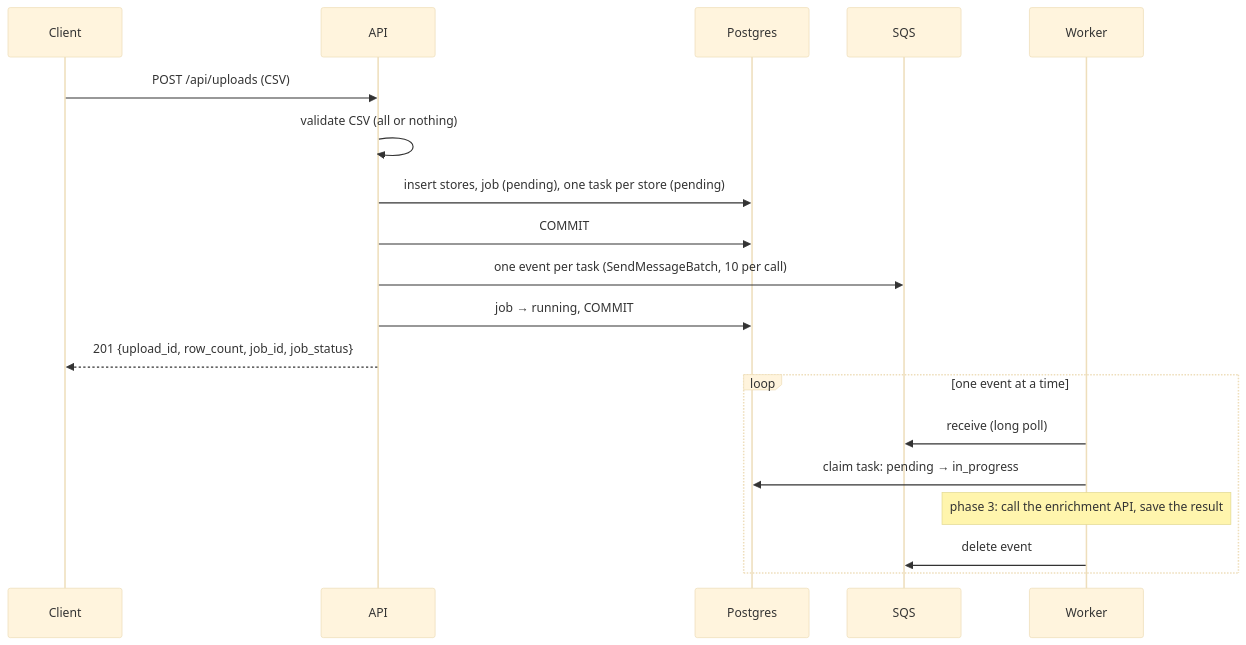
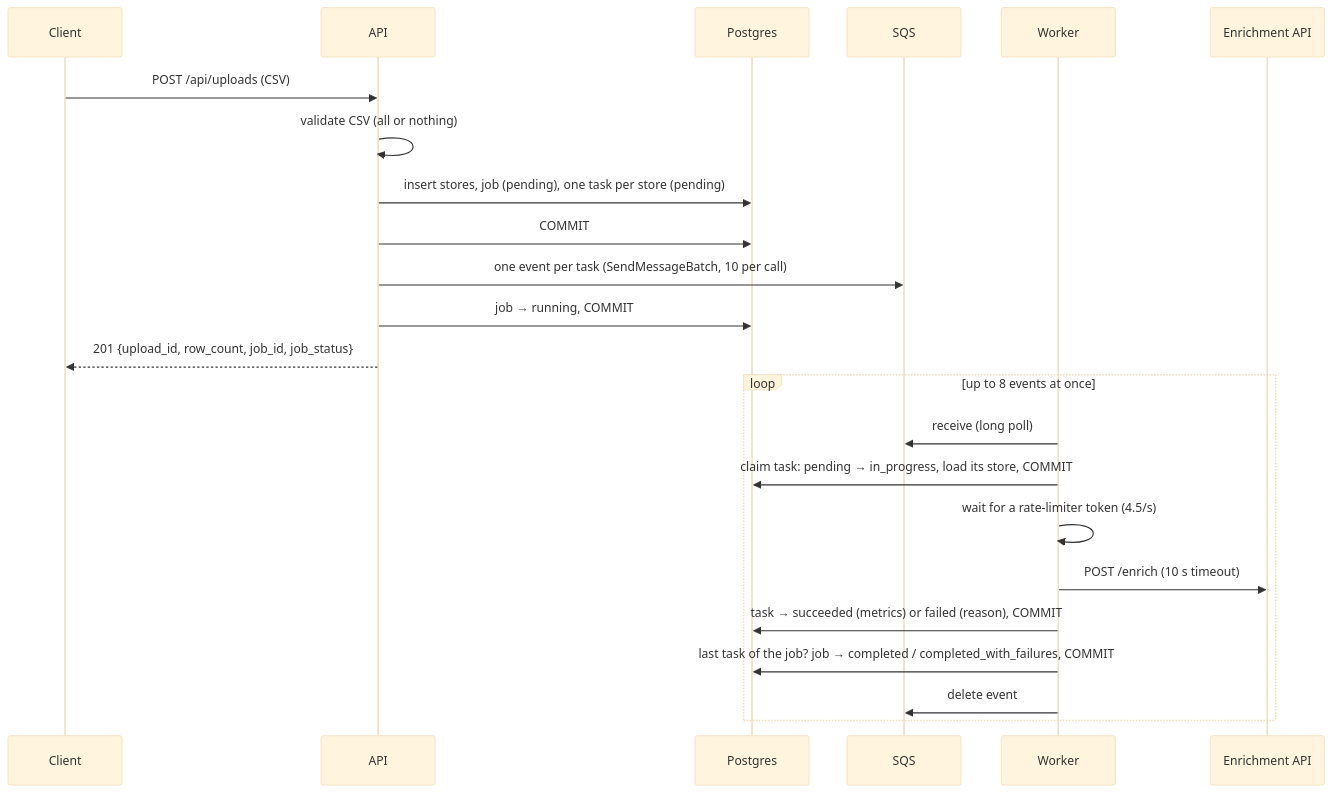
Before and after one commit to Sayan3sarkar/sigmoid-tierforge: the diagram in documentation/architecture.md, drawn with Mermaid (base theme). The commit also changed other lines of this file and 32 other files, not shown here.

Commit message:
Worker calls enrichment API with rate limiting and records results

````diff
--- a/documentation/architecture.md
+++ b/documentation/architecture.md
@@ -28,22 +29,26 @@
 ```mermaid
 sequenceDiagram
     participant C as Client
     participant A as API
     participant P as Postgres
     participant Q as SQS
     participant W as Worker
 
     C->>A: POST /api/uploads (CSV)
     A->>A: validate CSV (all or nothing)
     A->>P: insert stores, job (pending), one task per store (pending)
     A->>P: COMMIT
     A->>Q: one event per task (SendMessageBatch, 10 per call)
     A->>P: job → running, COMMIT
     A-->>C: 201 {upload_id, row_count, job_id, job_status}
-    loop one event at a time
+    participant E as Enrichment API
+    loop up to 8 events at once
         W->>Q: receive (long poll)
-        W->>P: claim task: pending → in_progress
-        Note over W: phase 3: call the enrichment API, save the result
+        W->>P: claim task: pending → in_progress, load its store, COMMIT
+        W->>W: wait for a rate-limiter token (4.5/s)
+        W->>E: POST /enrich (10 s timeout)
+        W->>P: task → succeeded (metrics) or failed (reason), COMMIT
+        W->>P: last task of the job? job → completed / completed_with_failures, COMMIT
         W->>Q: delete event
     end
 ```
````
